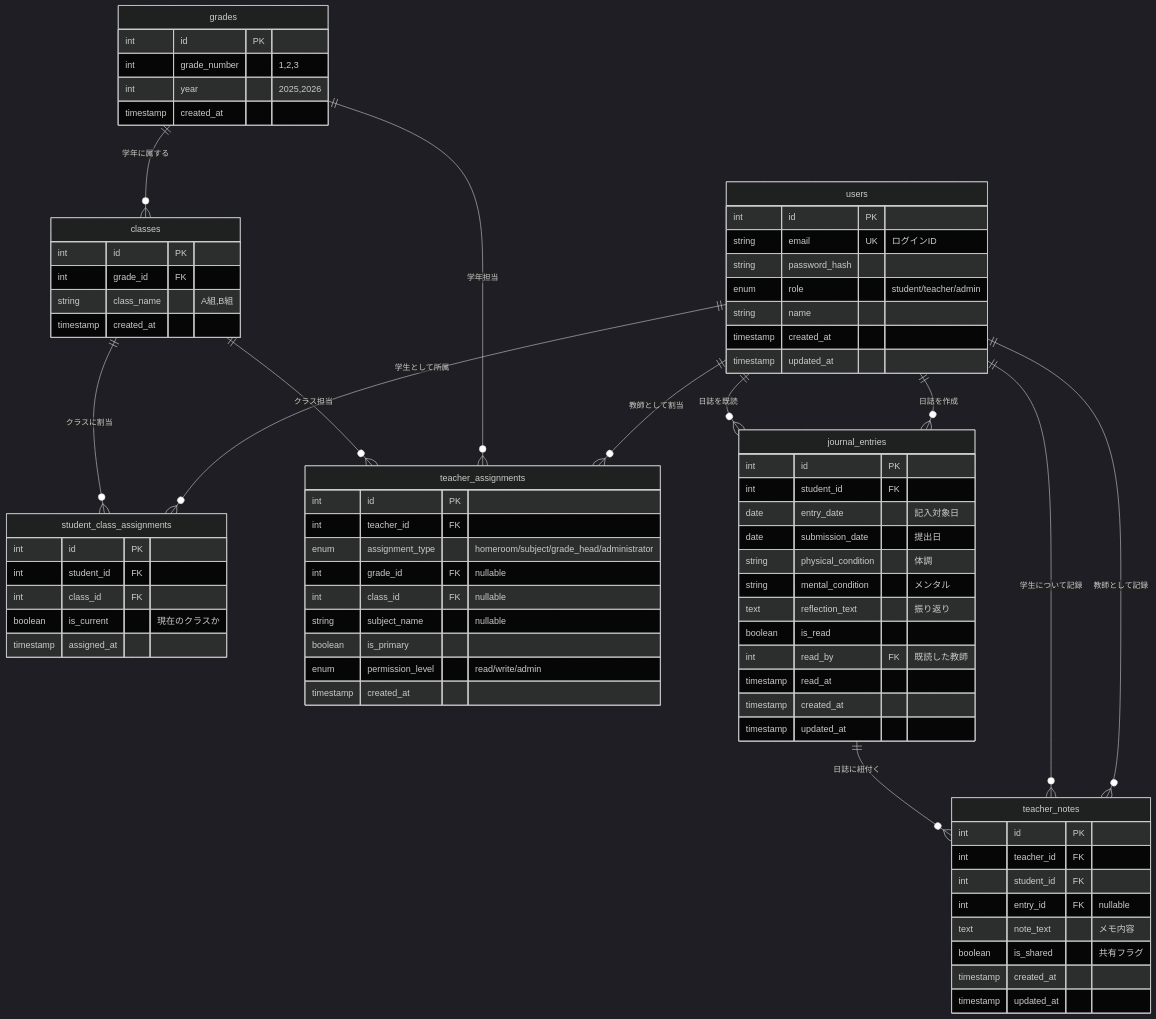
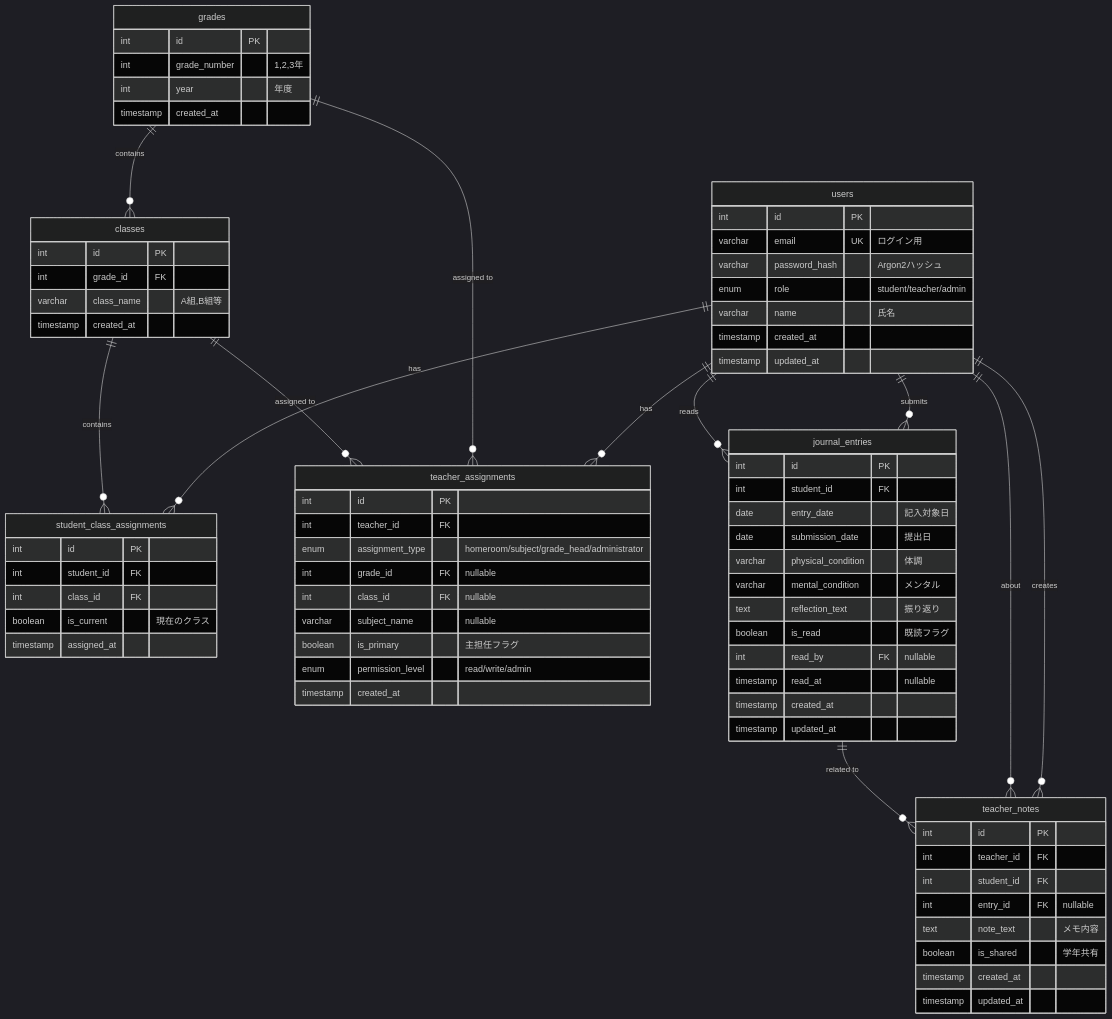
One commit to SungyongAn/portfolio changed the diagram in re_contact_book_system/docs/er_diagram.mmd. Above: the diagram before and after it, drawn with Mermaid (dark theme). The commit also changed 9 other files, not shown here.

```diff
--- a/re_contact_book_system/docs/er_diagram.mmd
+++ b/re_contact_book_system/docs/er_diagram.mmd
@@ -1,85 +1,85 @@
 erDiagram
-    users ||--o{ student_class_assignments : "学生として所属"
-    users ||--o{ teacher_assignments : "教師として割当"
-    users ||--o{ journal_entries : "日誌を作成"
-    users ||--o{ journal_entries : "日誌を既読"
-    users ||--o{ teacher_notes : "教師として記録"
-    users ||--o{ teacher_notes : "学生について記録"
+    users ||--o{ student_class_assignments : "has"
+    users ||--o{ teacher_assignments : "has"
+    users ||--o{ journal_entries : "submits"
+    users ||--o{ journal_entries : "reads"
+    users ||--o{ teacher_notes : "creates"
+    users ||--o{ teacher_notes : "about"
     
-    grades ||--o{ classes : "学年に属する"
-    grades ||--o{ teacher_assignments : "学年担当"
+    grades ||--o{ classes : "contains"
+    grades ||--o{ teacher_assignments : "assigned to"
     
-    classes ||--o{ student_class_assignments : "クラスに割当"
-    classes ||--o{ teacher_assignments : "クラス担当"
+    classes ||--o{ student_class_assignments : "contains"
+    classes ||--o{ teacher_assignments : "assigned to"
     
-    journal_entries ||--o{ teacher_notes : "日誌に紐付く"
-    
+    journal_entries ||--o{ teacher_notes : "related to"
+
     users {
         int id PK
-        string email UK "ログインID"
-        string password_hash
+        varchar email UK "ログイン用"
+        varchar password_hash "Argon2ハッシュ"
         enum role "student/teacher/admin"
-        string name
+        varchar name "氏名"
         timestamp created_at
         timestamp updated_at
     }
-    
+
     grades {
         int id PK
-        int grade_number "1,2,3"
-        int year "2025,2026"
+        int grade_number "1,2,3年"
+        int year "年度"
         timestamp created_at
     }
-    
+
     classes {
         int id PK
         int grade_id FK
-        string class_name "A組,B組"
+        varchar class_name "A組,B組等"
         timestamp created_at
     }
-    
+
     student_class_assignments {
         int id PK
         int student_id FK
         int class_id FK
-        boolean is_current "現在のクラスか"
+        boolean is_current "現在のクラス"
         timestamp assigned_at
     }
-    
+
     teacher_assignments {
         int id PK
         int teacher_id FK
         enum assignment_type "homeroom/subject/grade_head/administrator"
         int grade_id FK "nullable"
         int class_id FK "nullable"
-        string subject_name "nullable"
-        boolean is_primary
+        varchar subject_name "nullable"
+        boolean is_primary "主担任フラグ"
         enum permission_level "read/write/admin"
         timestamp created_at
     }
-    
+
     journal_entries {
         int id PK
         int student_id FK
         date entry_date "記入対象日"
         date submission_date "提出日"
-        string physical_condition "体調"
-        string mental_condition "メンタル"
+        varchar physical_condition "体調"
+        varchar mental_condition "メンタル"
         text reflection_text "振り返り"
-        boolean is_read
-        int read_by FK "既読した教師"
-        timestamp read_at
+        boolean is_read "既読フラグ"
+        int read_by FK "nullable"
+        timestamp read_at "nullable"
         timestamp created_at
         timestamp updated_at
     }
-    
+
     teacher_notes {
         int id PK
         int teacher_id FK
         int student_id FK
         int entry_id FK "nullable"
         text note_text "メモ内容"
-        boolean is_shared "共有フラグ"
+        boolean is_shared "学年共有"
         timestamp created_at
         timestamp updated_at
     }
```
